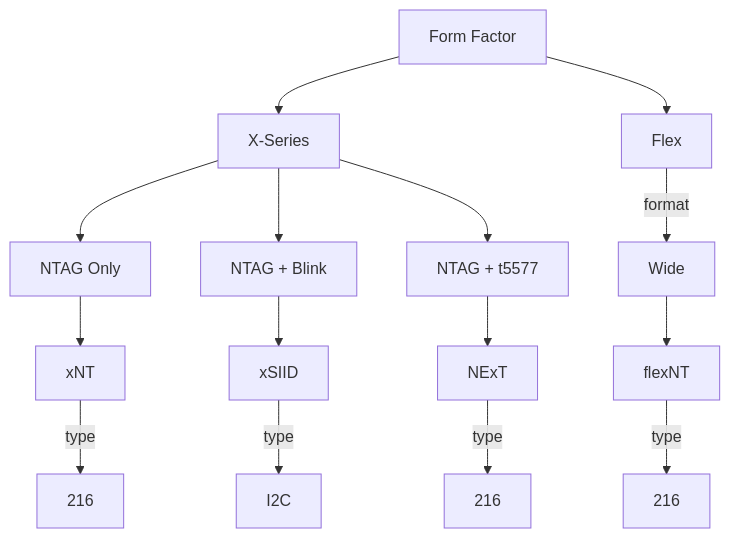
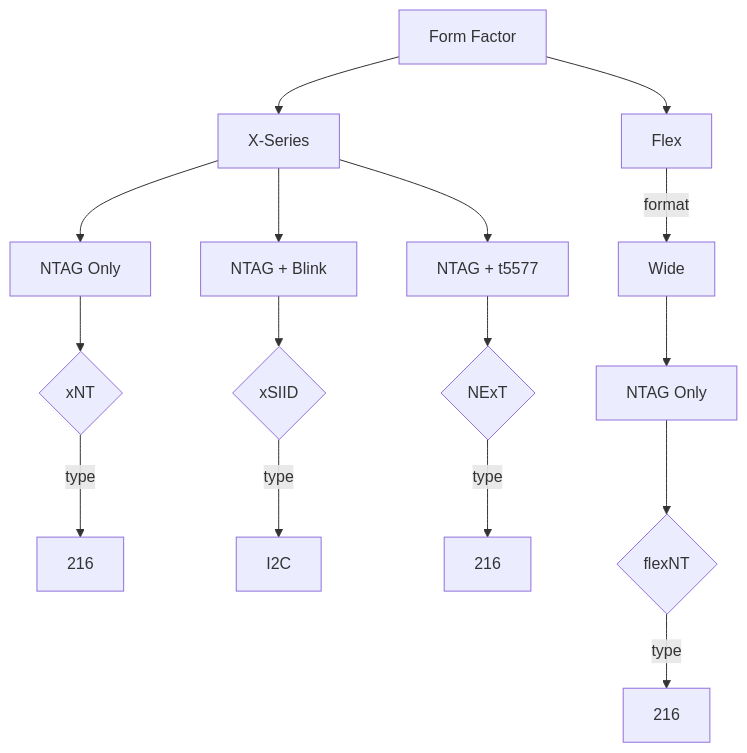
Before and after one commit to dangerous-tac0s/pm3_documentation: the diagram in NTAG_OPTIONS.md, drawn with Mermaid.

````diff
--- a/NTAG_OPTIONS.md
+++ b/NTAG_OPTIONS.md
@@ -5,15 +5,16 @@
 ```mermaid
   flowchart TD;
       A[Form Factor]--> B[X-Series] & C[Flex];
       B --> B1[NTAG Only] & B2[NTAG + Blink] & B3[NTAG + t5577];
-      B1 --> B1.1[xNT];
+      B1 --> B1.1{xNT};
       B1.1 -- type --> B1.1a[216];
-      B2 --> B2.1[xSIID];
+      B2 --> B2.1{xSIID};
       B2.1 -- type --> B2.1a[I2C];
-      B3 --> B3.1[NExT];
+      B3 --> B3.1{NExT};
       B3.1 -- type --> B3.1a[216];
 
       C -- format --> C1[Wide];
-      C1 --> C1a[flexNT];
-      C1a -- type --> C1a_1[216];
+      C1 --> C1.1[NTAG Only];
+      C1.1 --> C1.1a{flexNT};
+      C1.1a -- type --> C1.1a_1[216];
 ```
````
